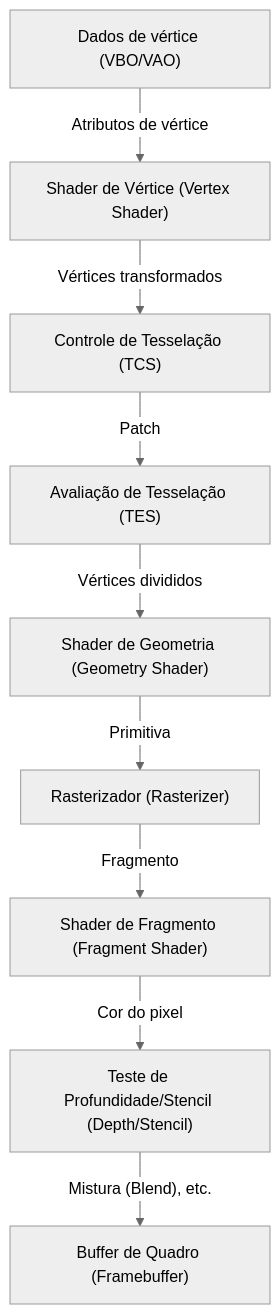
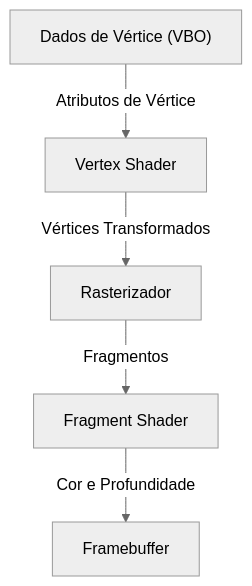
The second of 2 diagrams in content/post/opengl-basics-and-history/index.pt.md (kenjinote/blog), drawn with Mermaid (neutral theme) before and after one commit. The commit also changed other lines of this file and 129 other files, not shown here.

````diff
--- a/content/post/opengl-basics-and-history/index.pt.md
+++ b/content/post/opengl-basics-and-history/index.pt.md
@@ -69,21 +48,7 @@
 ```mermaid
 graph TD
-    VBO["Dados de vértice (VBO/VAO)"]
-    VS["Shader de Vértice (Vertex Shader)"]
-    TC["Controle de Tesselação (TCS)"]
-    TE["Avaliação de Tesselação (TES)"]
-    GS["Shader de Geometria (Geometry Shader)"]
-    RS["Rasterizador (Rasterizer)"]
-    FS["Shader de Fragmento (Fragment Shader)"]
-    TEST["Teste de Profundidade/Stencil (Depth/Stencil)"]
-    FB["Buffer de Quadro (Framebuffer)"]
-
-    VBO -- "Atributos de vértice" --> VS
-    VS -- "Vértices transformados" --> TC
-    TC -- "Patch" --> TE
-    TE -- "Vértices divididos" --> GS
-    GS -- "Primitiva" --> RS
-    RS -- "Fragmento" --> FS
-    FS -- "Cor do pixel" --> TEST
-    TEST -- "Mistura (Blend), etc." --> FB
+    VBO["Dados de Vértice (VBO)"] -- "Atributos de Vértice" --> VS["Vertex Shader"]
+    VS -- "Vértices Transformados" --> RS["Rasterizador"]
+    RS -- "Fragmentos" --> FS["Fragment Shader"]
+    FS -- "Cor e Profundidade" --> FB["Framebuffer"]
 ```
````
